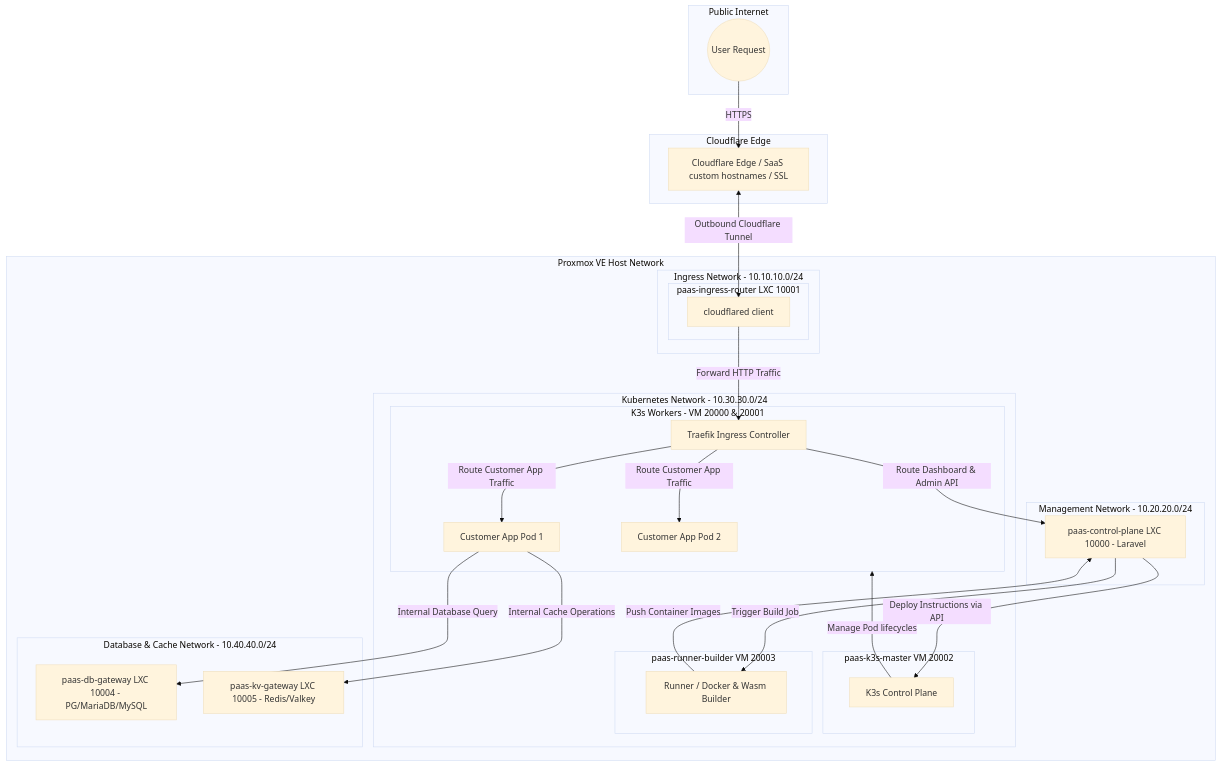
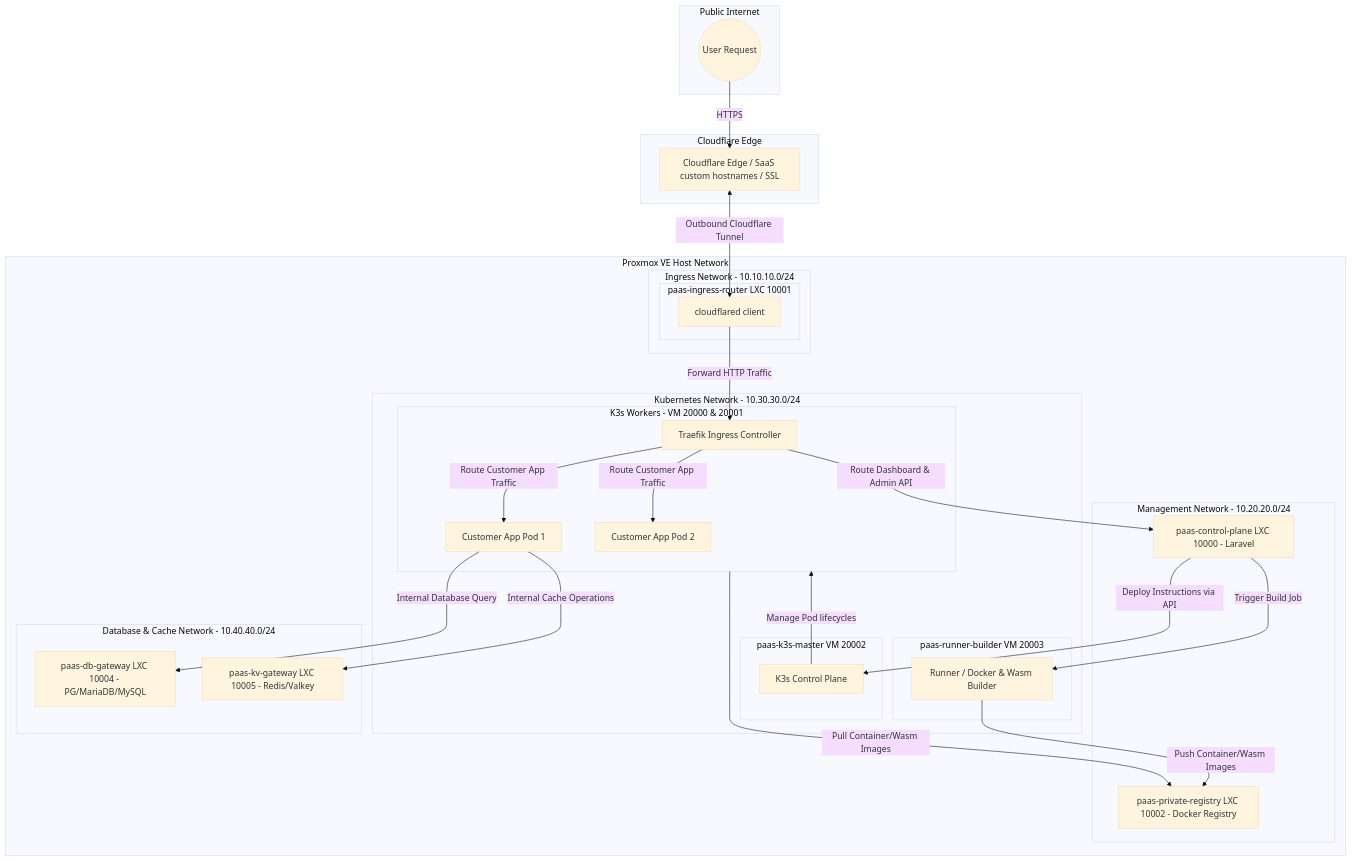
One commit to dyzulk/dyzulk-cloud changed the first of 2 diagrams in network_k8s_architecture.md. Above: the diagram before and after it, drawn with Mermaid (base theme). The commit also changed other lines of this file and 3 other files, not shown here.

Commit message:
docs: update network architecture to include private registry with host bind mount and clean up old plans

````diff
--- a/network_k8s_architecture.md
+++ b/network_k8s_architecture.md
@@ -63,61 +64,63 @@
 ```mermaid
 graph TD
     subgraph Public_Internet [Public Internet]
         User((User Request))
     end
 
     subgraph Cloudflare_Network [Cloudflare Edge]
         CF_Edge[Cloudflare Edge / SaaS custom hostnames / SSL]
     end
 
     subgraph Proxmox_Cluster [Proxmox VE Host Network]
         
         subgraph Ingress_Subnet [Ingress Network - 10.10.10.0/24]
             subgraph Ingress_LXC [paas-ingress-router LXC 10001]
                 CFTunnel[cloudflared client]
             end
         end
 
         subgraph K3s_Subnet [Kubernetes Network - 10.30.30.0/24]
             subgraph Master_VM [paas-k3s-master VM 20002]
                 K3s_API[K3s Control Plane]
             end
             subgraph Builder_VM [paas-runner-builder VM 20003]
                 Builder[Runner / Docker & Wasm Builder]
             end
             subgraph Worker_VMs [K3s Workers - VM 20000 & 20001]
                 Traefik[Traefik Ingress Controller]
                 Customer_Pod_1[Customer App Pod 1]
                 Customer_Pod_2[Customer App Pod 2]
             end
         end
 
         subgraph Management_Subnet [Management Network - 10.20.20.0/24]
             ControlPlane[paas-control-plane LXC 10000 - Laravel]
+            Registry[paas-private-registry LXC 10002 - Docker Registry]
         end
 
         subgraph Storage_Subnet [Database & Cache Network - 10.40.40.0/24]
             DB_Node[paas-db-gateway LXC 10004 - PG/MariaDB/MySQL]
             KV_Node[paas-kv-gateway LXC 10005 - Redis/Valkey]
         end
 
     end
 
     %% Traffic Routing Paths
     User -->|HTTPS| CF_Edge
     CF_Edge <-->|Outbound Cloudflare Tunnel| CFTunnel
     CFTunnel -->|Forward HTTP Traffic| Traefik
     
     %% Dynamic Routing inside K3s
     Traefik -->|Route Customer App Traffic| Customer_Pod_1
     Traefik -->|Route Customer App Traffic| Customer_Pod_2
     Traefik -->|Route Dashboard & Admin API| ControlPlane
 
     %% Control Plane Operations
     ControlPlane -->|Deploy Instructions via API| K3s_API
     ControlPlane -->|Trigger Build Job| Builder
-    Builder -->|Push Container Images| ControlPlane
+    Builder -->|Push Container/Wasm Images| Registry
     K3s_API -->|Manage Pod lifecycles| Worker_VMs
+    Worker_VMs -->|Pull Container/Wasm Images| Registry
     Customer_Pod_1 -->|Internal Database Query| DB_Node
     Customer_Pod_1 -->|Internal Cache Operations| KV_Node
 ```
````
